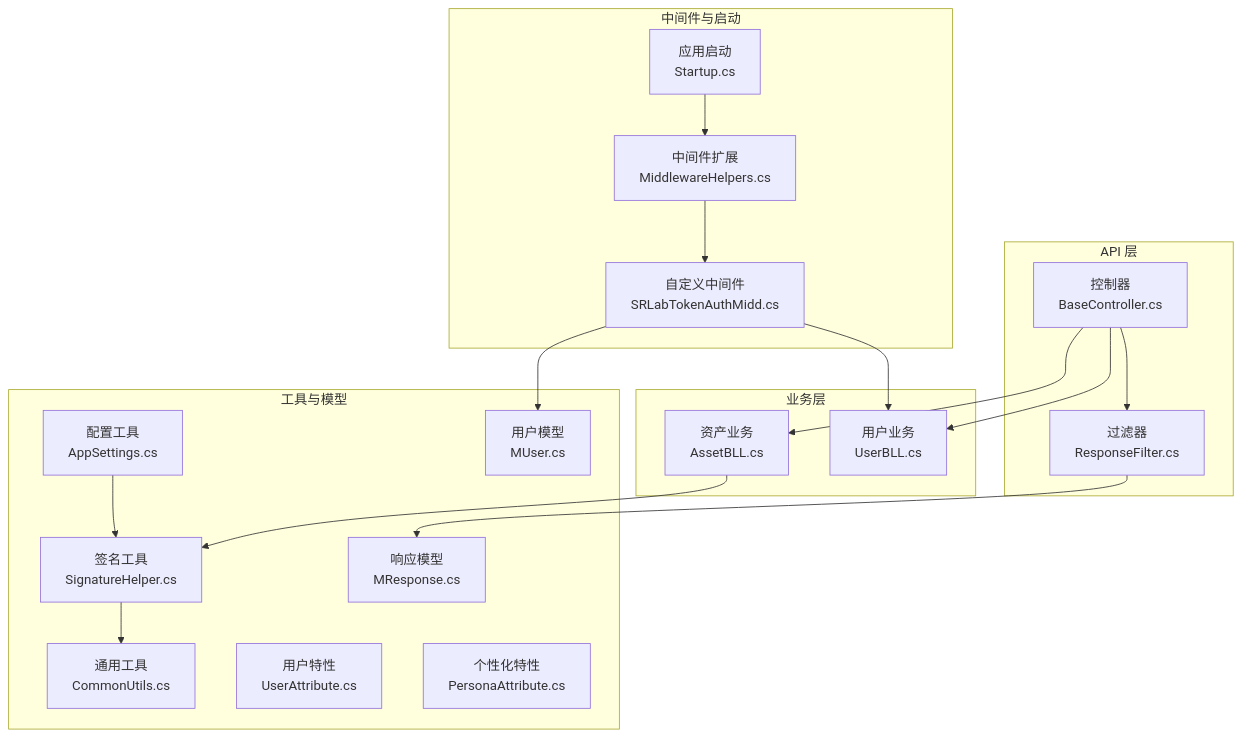
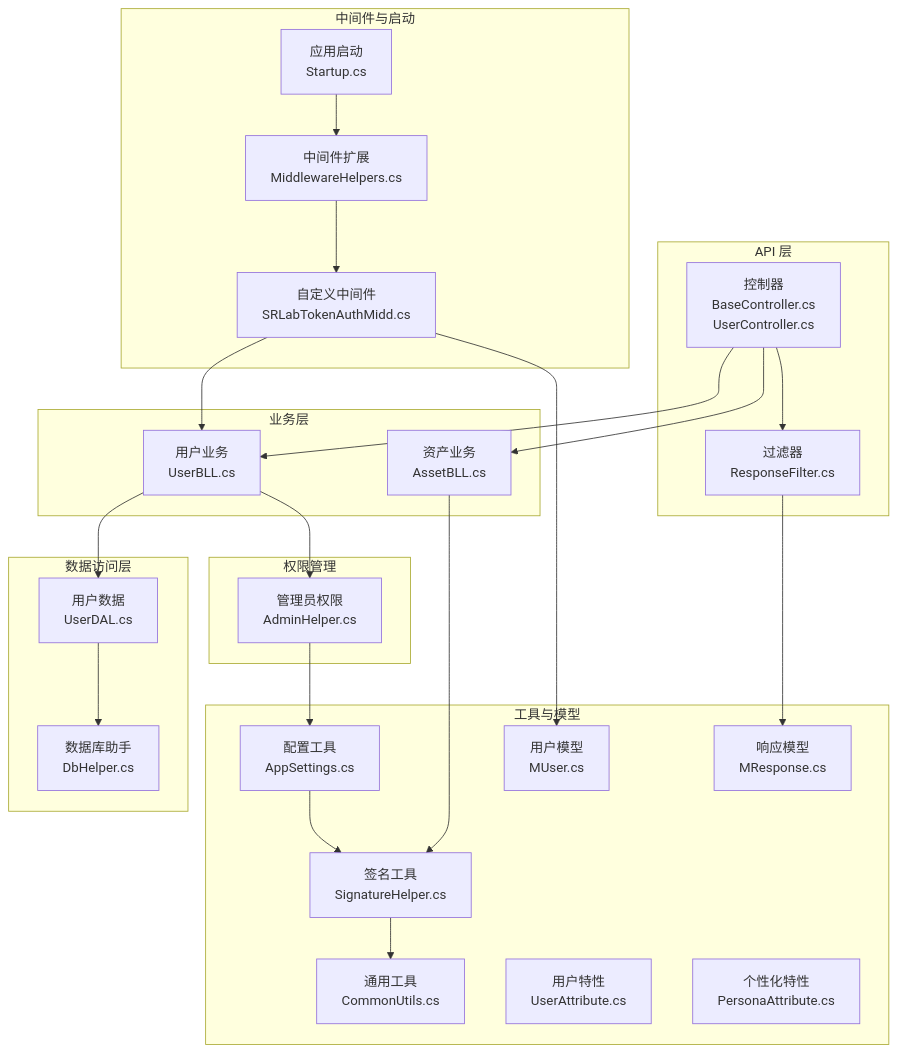
Before and after one commit to TinyMaD/SpeedRunnersLab: the first of 9 diagrams in .qoder/repowiki/zh/content/后端 API 服务/工具类库/安全加密工具.md, drawn with Mermaid. The commit also changed other lines of this file and 29 other files, not shown here.

````diff
--- a/.qoder/repowiki/zh/content/后端 API 服务/工具类库/安全加密工具.md
+++ b/.qoder/repowiki/zh/content/后端 API 服务/工具类库/安全加密工具.md
@@ -47,36 +58,47 @@
 ```mermaid
 graph TB
 subgraph "API 层"
-Controllers["控制器<br/>BaseController.cs"]
+Controllers["控制器<br/>BaseController.cs<br/>UserController.cs"]
 Filters["过滤器<br/>ResponseFilter.cs"]
 end
 subgraph "业务层"
 BLL_Asset["资产业务<br/>AssetBLL.cs"]
 BLL_User["用户业务<br/>UserBLL.cs"]
+end
+subgraph "权限管理"
+Perm_Admin["管理员权限<br/>AdminHelper.cs"]
+end
+subgraph "数据访问层"
+DAL_User["用户数据<br/>UserDAL.cs"]
+DAL_Db["数据库助手<br/>DbHelper.cs"]
 end
 subgraph "中间件与启动"
 MW_Middleware["自定义中间件<br/>SRLabTokenAuthMidd.cs"]
 MW_Helpers["中间件扩展<br/>MiddlewareHelpers.cs"]
 Startup["应用启动<br/>Startup.cs"]
 end
 subgraph "工具与模型"
 Utils_Sign["签名工具<br/>SignatureHelper.cs"]
 Utils_App["配置工具<br/>AppSettings.cs"]
 Utils_Common["通用工具<br/>CommonUtils.cs"]
 Model_User["用户模型<br/>MUser.cs"]
 Model_Res["响应模型<br/>MResponse.cs"]
 Attr_User["用户特性<br/>UserAttribute.cs"]
 Attr_Persona["个性化特性<br/>PersonaAttribute.cs"]
 end
 Controllers --> Filters
 Controllers --> BLL_Asset
 Controllers --> BLL_User
 BLL_Asset --> Utils_Sign
+BLL_User --> Perm_Admin
+BLL_User --> DAL_User
+DAL_User --> DAL_Db
 MW_Middleware --> Model_User
 MW_Middleware --> BLL_User
 MW_Helpers --> MW_Middleware
 Startup --> MW_Helpers
 Filters --> Model_Res
 Utils_Sign --> Utils_Common
 Utils_App --> Utils_Sign
+Perm_Admin --> Utils_App
 ```
````
